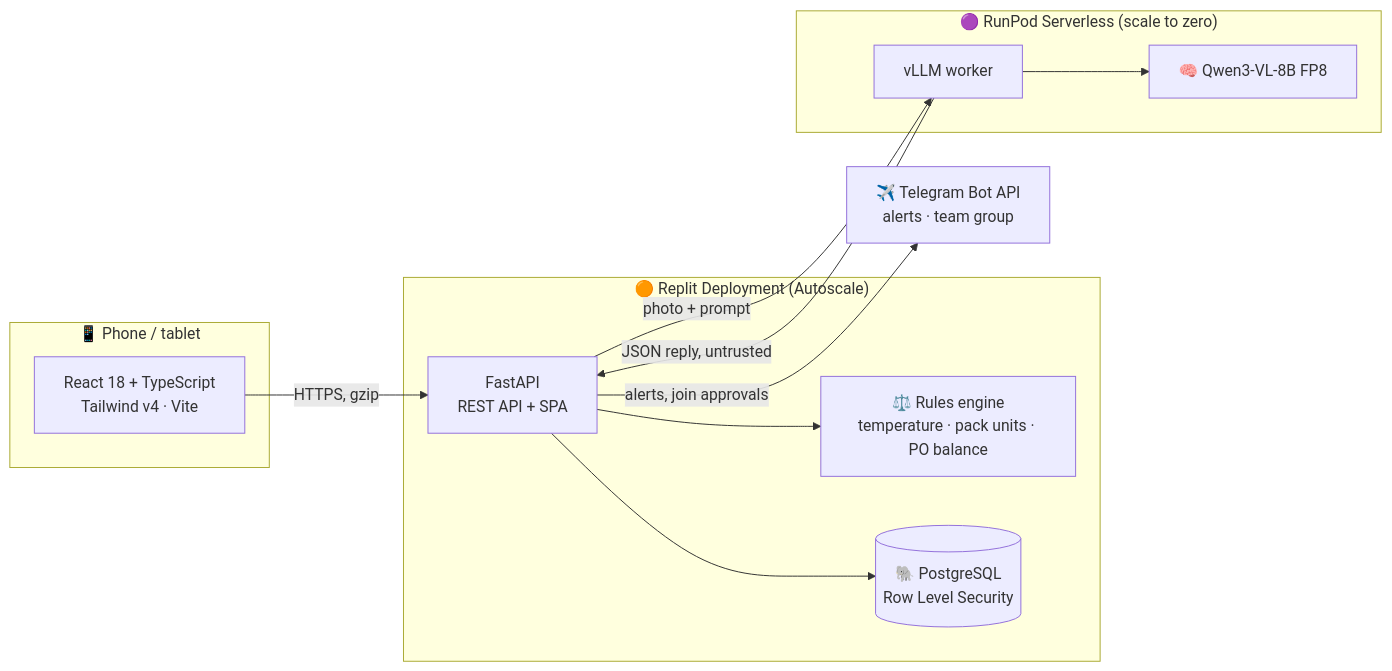
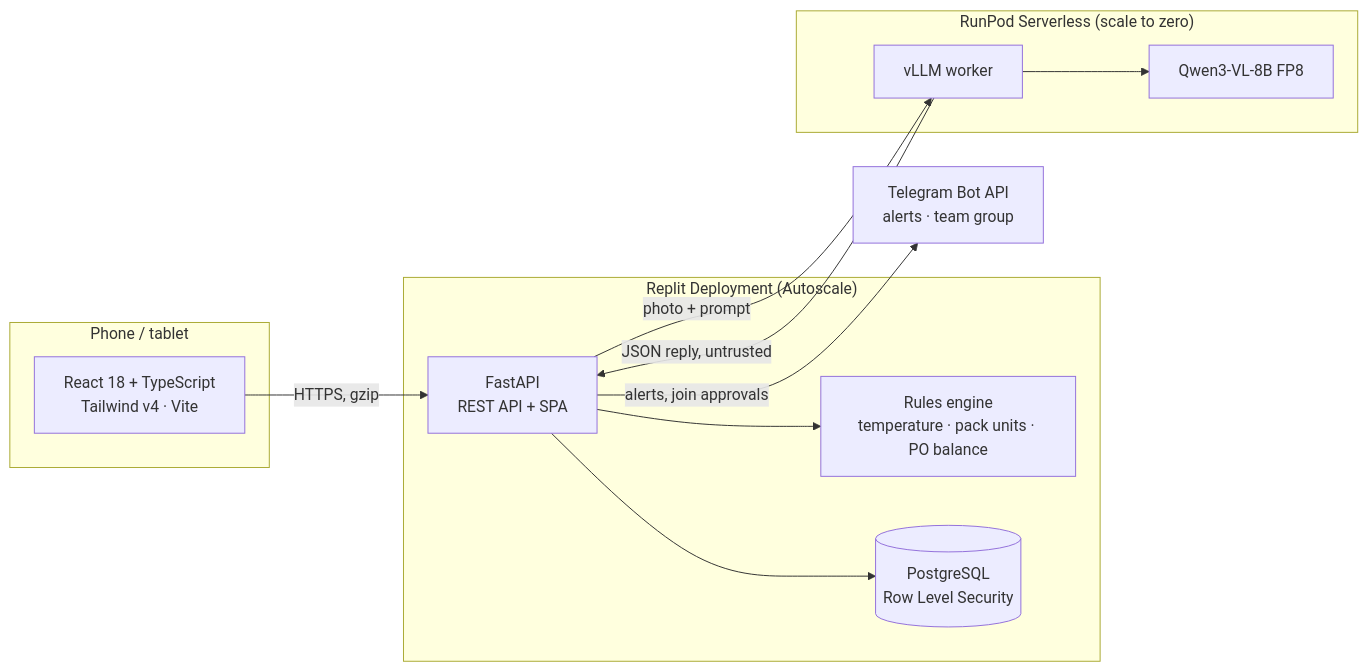
Before and after one commit to Dellrall/SOPBox: the diagram in README.md, drawn with Mermaid. The commit also changed other lines of this file, not shown here.

````diff
--- a/README.md
+++ b/README.md
@@ -116,24 +116,24 @@
 ```mermaid
 flowchart LR
-  subgraph Client["📱 Phone / tablet"]
+  subgraph Client["Phone / tablet"]
     UI["React 18 + TypeScript<br/>Tailwind v4 · Vite"]
   end
-  subgraph Replit["🟠 Replit Deployment (Autoscale)"]
+  subgraph Replit["Replit Deployment (Autoscale)"]
     API["FastAPI<br/>REST API + SPA"]
-    RULES["⚖️ Rules engine<br/>temperature · pack units · PO balance"]
-    DB[("🐘 PostgreSQL<br/>Row Level Security")]
+    RULES["Rules engine<br/>temperature · pack units · PO balance"]
+    DB[("PostgreSQL<br/>Row Level Security")]
   end
-  subgraph RunPod["🟣 RunPod Serverless (scale to zero)"]
+  subgraph RunPod["RunPod Serverless (scale to zero)"]
     VLLM["vLLM worker"]
-    VLM["🧠 Qwen3-VL-8B FP8"]
+    VLM["Qwen3-VL-8B FP8"]
   end
-  TG["✈️ Telegram Bot API<br/>alerts · team group"]
+  TG["Telegram Bot API<br/>alerts · team group"]
 
   UI -->|HTTPS, gzip| API
   API --> RULES
   API --> DB
   API -->|photo + prompt| VLLM
   VLLM --> VLM
   VLLM -->|JSON reply, untrusted| API
   API -->|alerts, join approvals| TG
 ```
````
